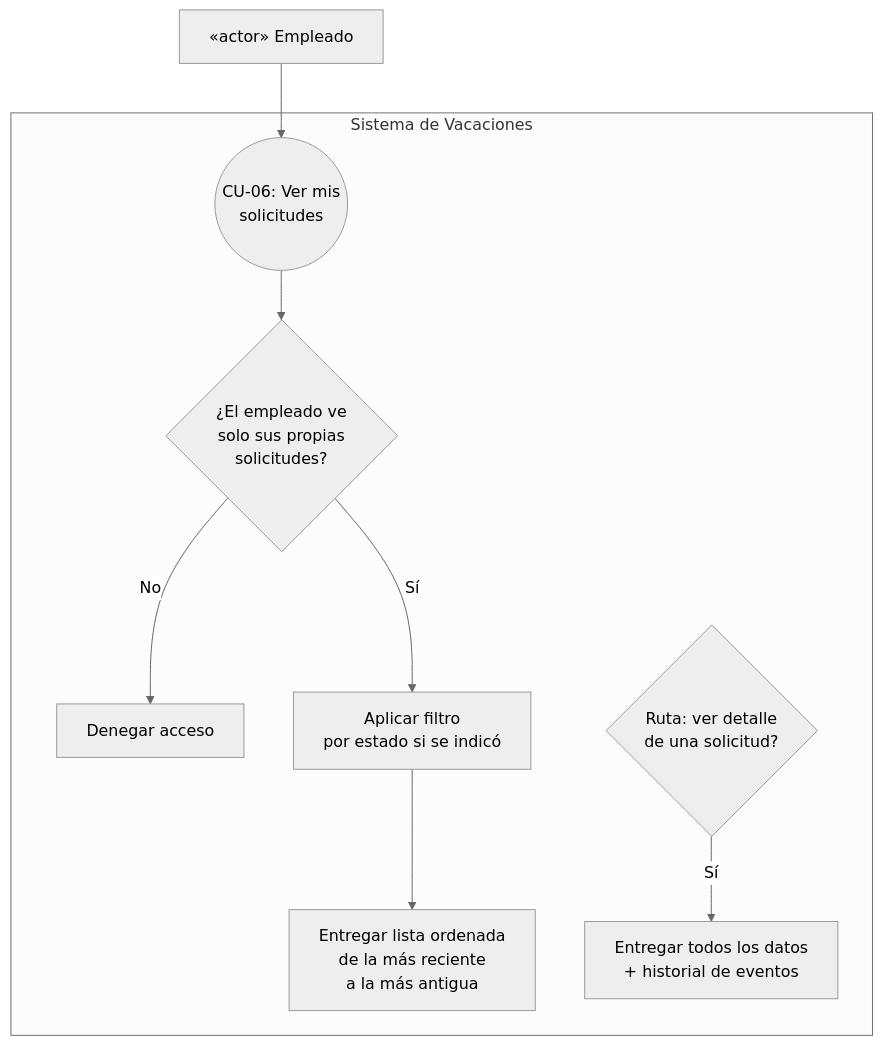
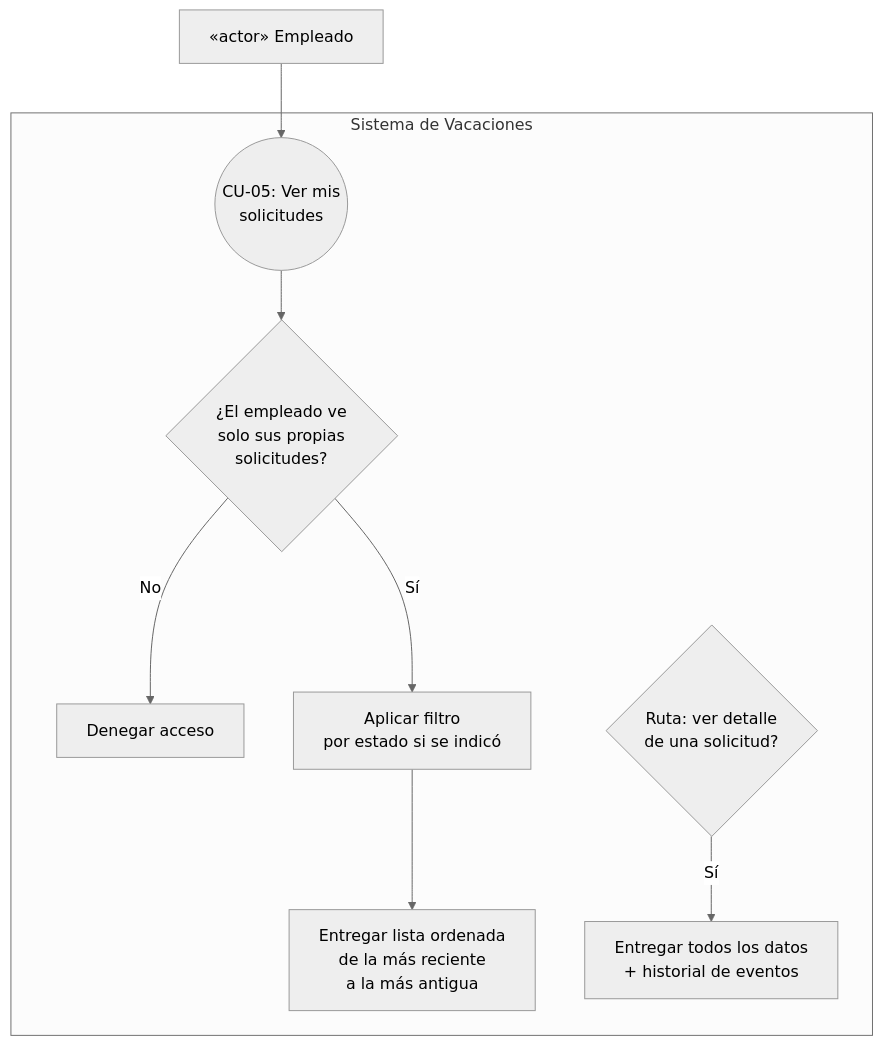
One commit to Oscar26-zs/Solicitud_de_Vacaciones changed the fifth of 19 diagrams in docs/use-case-diagrams.md. Above: the diagram before and after it, drawn with Mermaid (neutral theme). The commit also changed other lines of this file and 1 other file, not shown here.

````diff
--- a/docs/use-case-diagrams.md
+++ b/docs/use-case-diagrams.md
@@ -152,18 +131,18 @@
 ```mermaid
 graph TB
     subgraph S["Sistema de Vacaciones"]
-        CU06(("CU-06: Ver mis<br/>solicitudes"))
+        CU05(("CU-05: Ver mis<br/>solicitudes"))
         V1{¿El empleado ve<br/>solo sus propias<br/>solicitudes?}
         V2[Denegar acceso]
         F1[Aplicar filtro<br/>por estado si se indicó]
         F2[Entregar lista ordenada<br/>de la más reciente<br/>a la más antigua]
         D1{Ruta: ver detalle<br/>de una solicitud?}
         D2[Entregar todos los datos<br/>+ historial de eventos]
 
-        CU06 --> V1
+        CU05 --> V1
         V1 -->|No| V2
         V1 -->|Sí| F1 --> F2
         D1 -->|Sí| D2
     end
-    Emp["«actor» Empleado"] --> CU06
+    Emp["«actor» Empleado"] --> CU05
 ```
````
